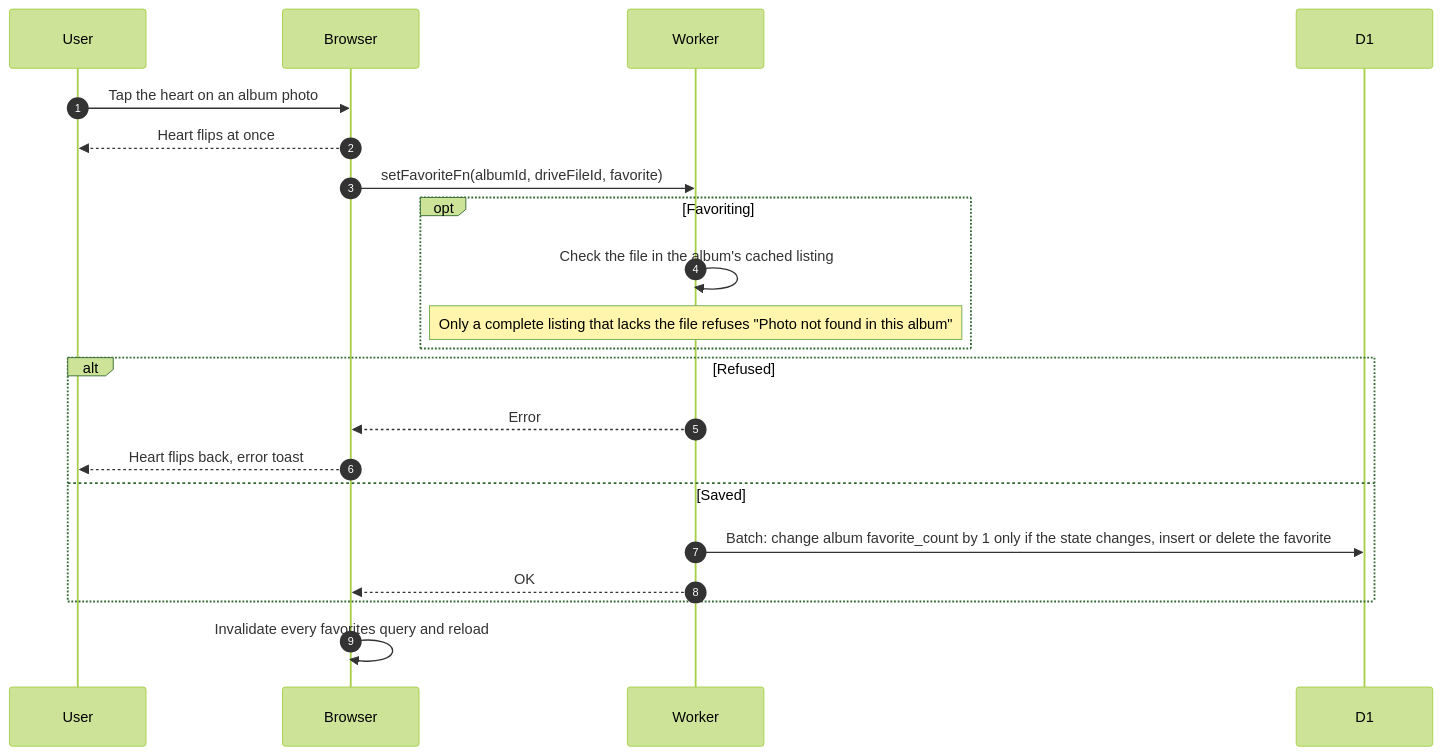
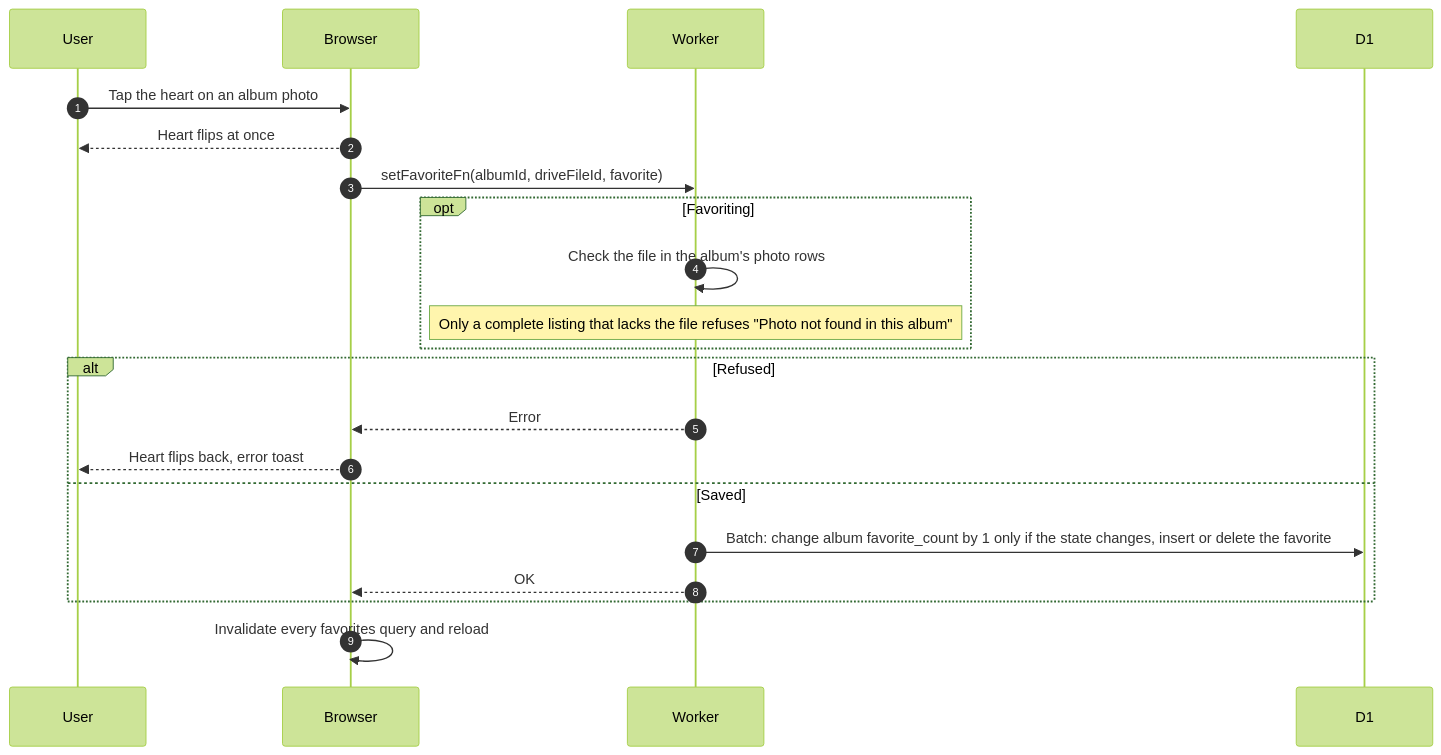
One commit to sagyzdop/meriksirat changed the first of 2 diagrams in docs/scenarios/member/albums/favorites.md. Above: the diagram before and after it, drawn with Mermaid (forest theme). The commit also changed other lines of this file and 53 other files, not shown here.

````diff
--- a/docs/scenarios/member/albums/favorites.md
+++ b/docs/scenarios/member/albums/favorites.md
@@ -7,23 +7,23 @@
 ```mermaid
 sequenceDiagram
     autonumber
     participant U as User
     participant B as Browser
     participant W as Worker
     participant D as D1
     U->>B: Tap the heart on an album photo
     B-->>U: Heart flips at once
     B->>W: setFavoriteFn(albumId, driveFileId, favorite)
     opt Favoriting
-        W->>W: Check the file in the album's cached listing
+        W->>W: Check the file in the album's photo rows
         Note over W: Only a complete listing that lacks the file refuses "Photo not found in this album"
     end
     alt Refused
         W-->>B: Error
         B-->>U: Heart flips back, error toast
     else Saved
         W->>D: Batch: change album favorite_count by 1 only if the state changes, insert or delete the favorite
         W-->>B: OK
     end
     B->>B: Invalidate every favorites query and reload
 ```
````
